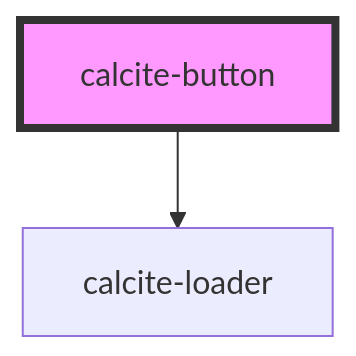
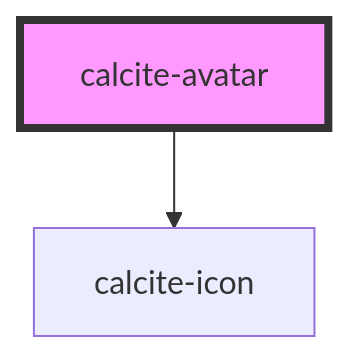
Before and after one commit to Esri/calcite-design-system: the diagram in src/components/calcite-avatar/readme.md, drawn with Mermaid. The commit also changed other lines of this file and 3 other files, not shown here.

````diff
--- a/src/components/calcite-avatar/readme.md
+++ b/src/components/calcite-avatar/readme.md
@@ -48,5 +27,5 @@
 ```mermaid
 graph TD;
-  calcite-button --> calcite-loader
-  style calcite-button fill:#f9f,stroke:#333,stroke-width:4px
+  calcite-avatar --> calcite-icon
+  style calcite-avatar fill:#f9f,stroke:#333,stroke-width:4px
 ```
````
